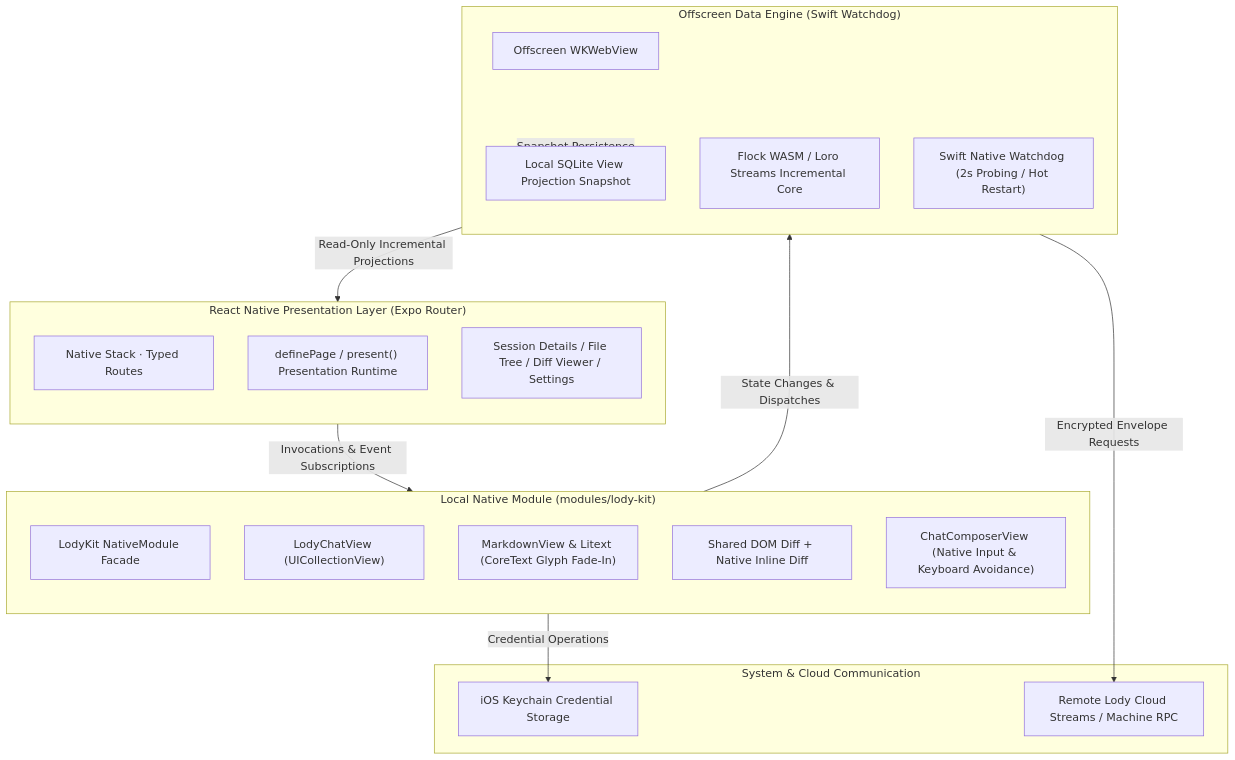
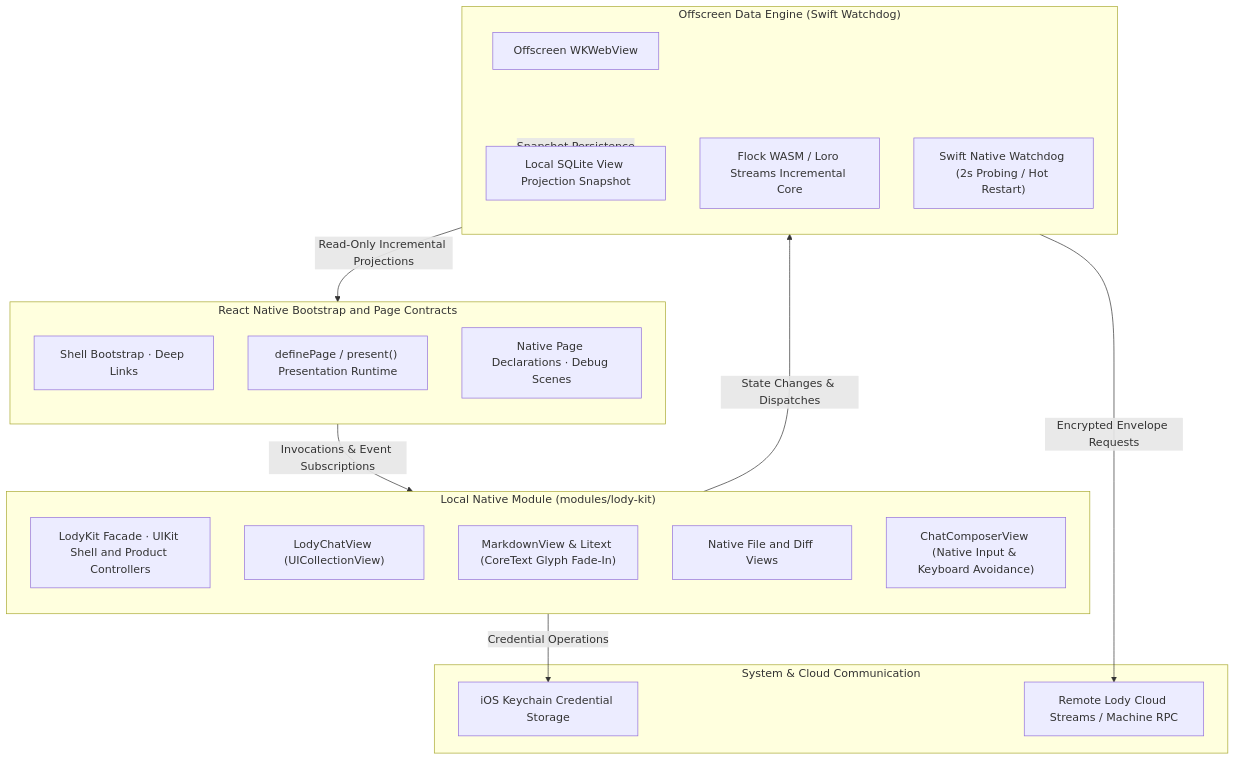
One commit to Innei/lody-ios changed the diagram in README.md. Above: the diagram before and after it, drawn with Mermaid. The commit also changed other lines of this file and 5 other files, not shown here.

Commit message:
refactor: remove the retired React panel stack

````diff
--- a/README.md
+++ b/README.md
@@ -117,38 +117,38 @@
 ```mermaid
 flowchart TB
-    subgraph UI ["React Native Presentation Layer (Expo Router)"]
+    subgraph UI ["React Native Bootstrap and Page Contracts"]
         direction TB
-        Nav["Native Stack · Typed Routes"]
+        Nav["Shell Bootstrap · Deep Links"]
         Presentation["definePage / present() Presentation Runtime"]
-        Screens["Session Details / File Tree / Diff Viewer / Settings"]
+        Screens["Native Page Declarations · Debug Scenes"]
     end
 
     subgraph NativeKit ["Local Native Module (modules/lody-kit)"]
         direction TB
-        LodyKitModule["LodyKit NativeModule Facade"]
+        LodyKitModule["LodyKit Facade · UIKit Shell and Product Controllers"]
         ChatView["LodyChatView (UICollectionView)"]
         Markdown["MarkdownView & Litext (CoreText Glyph Fade-In)"]
-        DiffView["Shared DOM Diff + Native Inline Diff"]
+        DiffView["Native File and Diff Views"]
         Composer["ChatComposerView (Native Input & Keyboard Avoidance)"]
     end
 
     subgraph DataEngine ["Offscreen Data Engine (Swift Watchdog)"]
         direction TB
         OffscreenWV["Offscreen WKWebView"]
         Flock["Flock WASM / Loro Streams Incremental Core"]
         Watchdog["Swift Native Watchdog (2s Probing / Hot Restart)"]
         SQLite["Local SQLite View Projection Snapshot"]
     end
 
     subgraph External ["System & Cloud Communication"]
         Keychain["iOS Keychain Credential Storage"]
         CloudStreams["Remote Lody Cloud Streams / Machine RPC"]
     end
 
     UI -->|"Invocations & Event Subscriptions"| NativeKit
     NativeKit -->|"State Changes & Dispatches"| DataEngine
     DataEngine -->|"Read-Only Incremental Projections"| UI
     DataEngine -->|"Encrypted Envelope Requests"| CloudStreams
     DataEngine -->|"Snapshot Persistence"| SQLite
     NativeKit -->|"Credential Operations"| Keychain
 ```
````
